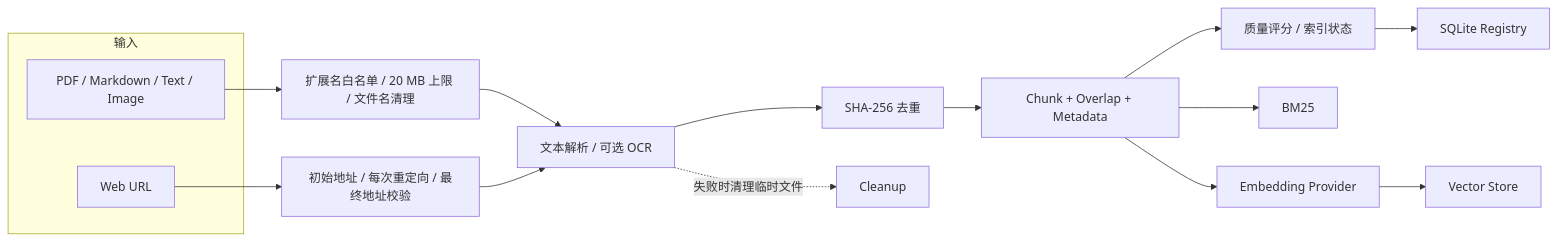
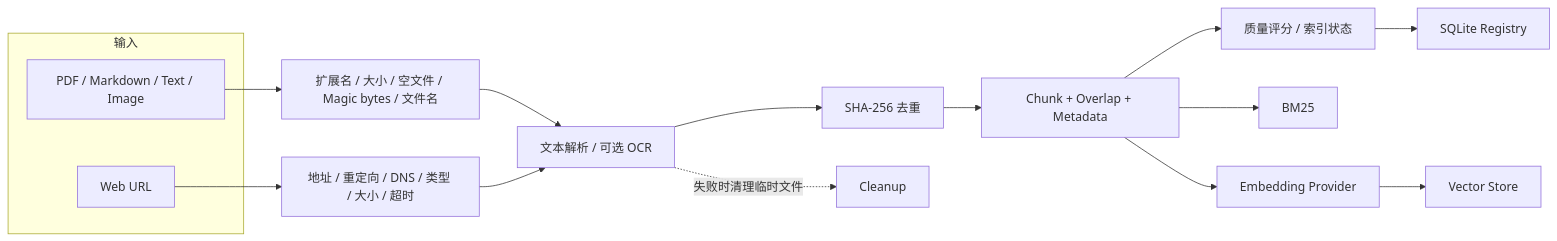
Before and after one commit to 728792899-create/personal-multimodal-rag: the second of 5 diagrams in docs/architecture.md, drawn with Mermaid. The commit also changed other lines of this file and 87 other files, not shown here.

````diff
--- a/docs/architecture.md
+++ b/docs/architecture.md
@@ -72,20 +75,20 @@
 ```mermaid
 flowchart LR
   subgraph INPUT["输入"]
     FILE["PDF / Markdown / Text / Image"]
     URL["Web URL"]
   end
 
-  FILE --> FGUARD["扩展名白名单 / 20 MB 上限 / 文件名清理"]
-  URL --> UGUARD["初始地址 / 每次重定向 / 最终地址校验"]
+  FILE --> FGUARD["扩展名 / 大小 / 空文件 / Magic bytes / 文件名"]
+  URL --> UGUARD["地址 / 重定向 / DNS / 类型 / 大小 / 超时"]
   FGUARD --> PARSE["文本解析 / 可选 OCR"]
   UGUARD --> PARSE
   PARSE --> HASH["SHA-256 去重"]
   HASH --> CHUNK["Chunk + Overlap + Metadata"]
   CHUNK --> QUALITY["质量评分 / 索引状态"]
   CHUNK --> BM25["BM25"]
   CHUNK --> EMBED["Embedding Provider"]
   EMBED --> VECTOR["Vector Store"]
   QUALITY --> REGISTRY["SQLite Registry"]
   PARSE -. "失败时清理临时文件" .-> CLEANUP["Cleanup"]
 ```
````
